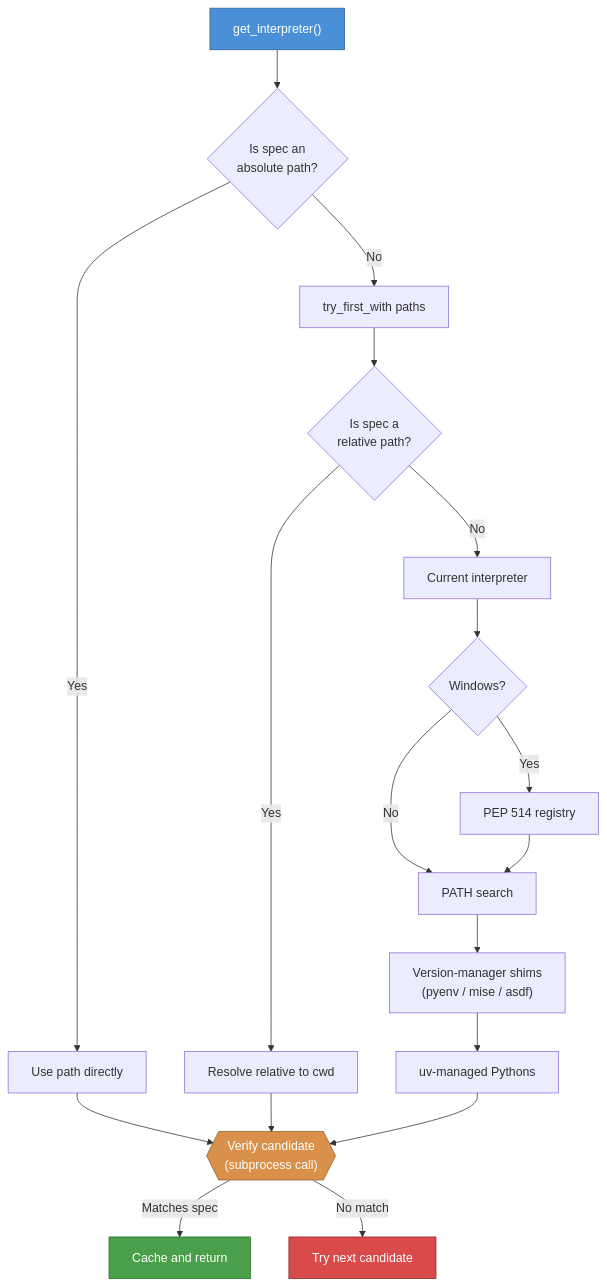
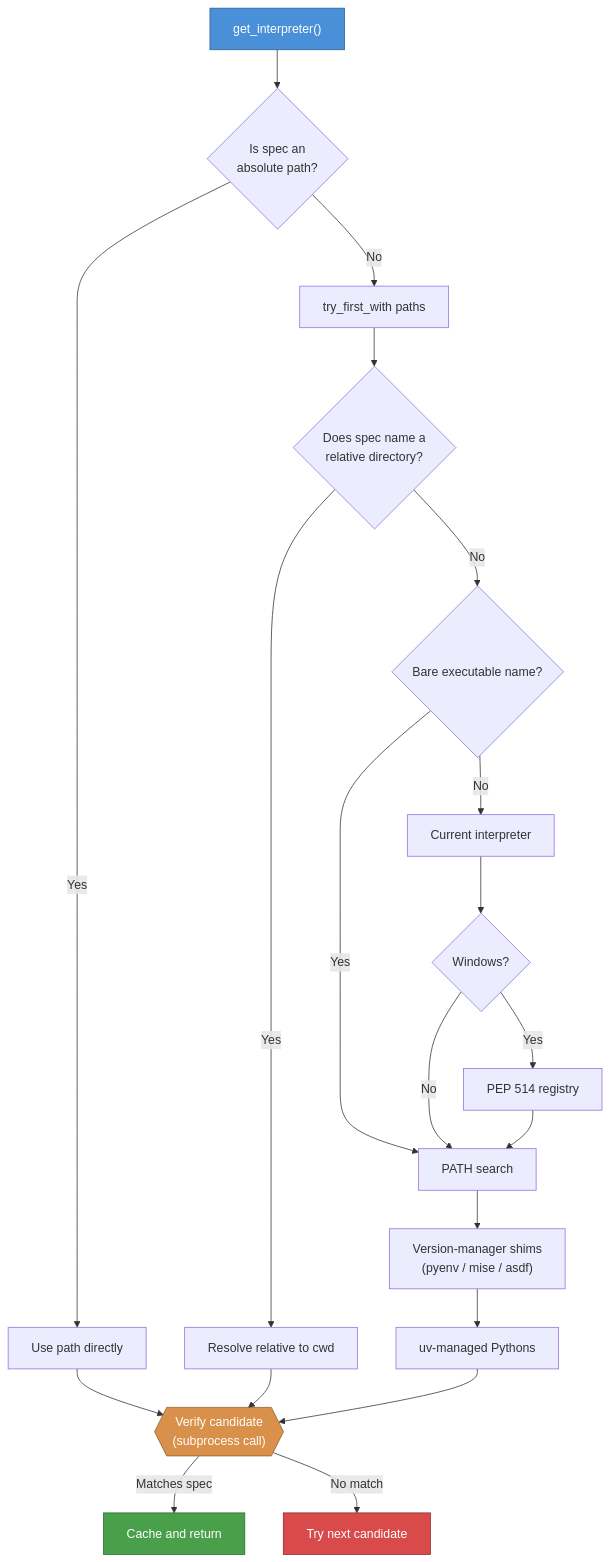
The first of 7 diagrams in docs/explanation.rst (tox-dev/python-discovery), drawn with Mermaid before and after one commit. The commit also changed other lines of this file and 3 other files, not shown here.

Commit message:
🐛 fix(discovery): search bare specs on PATH (#207)

```diff
--- a/docs/explanation.rst
+++ b/docs/explanation.rst
@@ -10,28 +10,30 @@
 .. mermaid::
 
     flowchart TD
         Start["get_interpreter()"] --> AbsPath{"Is spec an<br>absolute path?"}
         AbsPath -->|Yes| TryAbs["Use path directly"]
         AbsPath -->|No| TryFirst["try_first_with paths"]
-        TryFirst --> RelPath{"Is spec a<br>relative path?"}
+        TryFirst --> RelPath{"Does spec name a<br>relative directory?"}
         RelPath -->|Yes| TryRel["Resolve relative to cwd"]
-        RelPath -->|No| Current["Current interpreter"]
+        RelPath -->|No| Bare{"Bare executable name?"}
+        Bare -->|Yes| PATH
+        Bare -->|No| Current["Current interpreter"]
         Current --> Win{"Windows?"}
         Win -->|Yes| PEP514["PEP 514 registry"]
         Win -->|No| PATH
         PEP514 --> PATH["PATH search"]
         PATH --> Shims["Version-manager shims<br>(pyenv / mise / asdf)"]
         Shims --> UV["uv-managed Pythons"]
 
         TryAbs --> Verify
         TryRel --> Verify
         UV --> Verify
 
         Verify{{"Verify candidate<br>(subprocess call)"}}
         Verify -->|Matches spec| Cache["Cache and return"]
         Verify -->|No match| Next["Try next candidate"]
 
         style Start fill:#4a90d9,stroke:#2a5f8f,color:#fff
         style Verify fill:#d9904a,stroke:#8f5f2a,color:#fff
         style Cache fill:#4a9f4a,stroke:#2a6f2a,color:#fff
         style Next fill:#d94a4a,stroke:#8f2a2a,color:#fff
```
